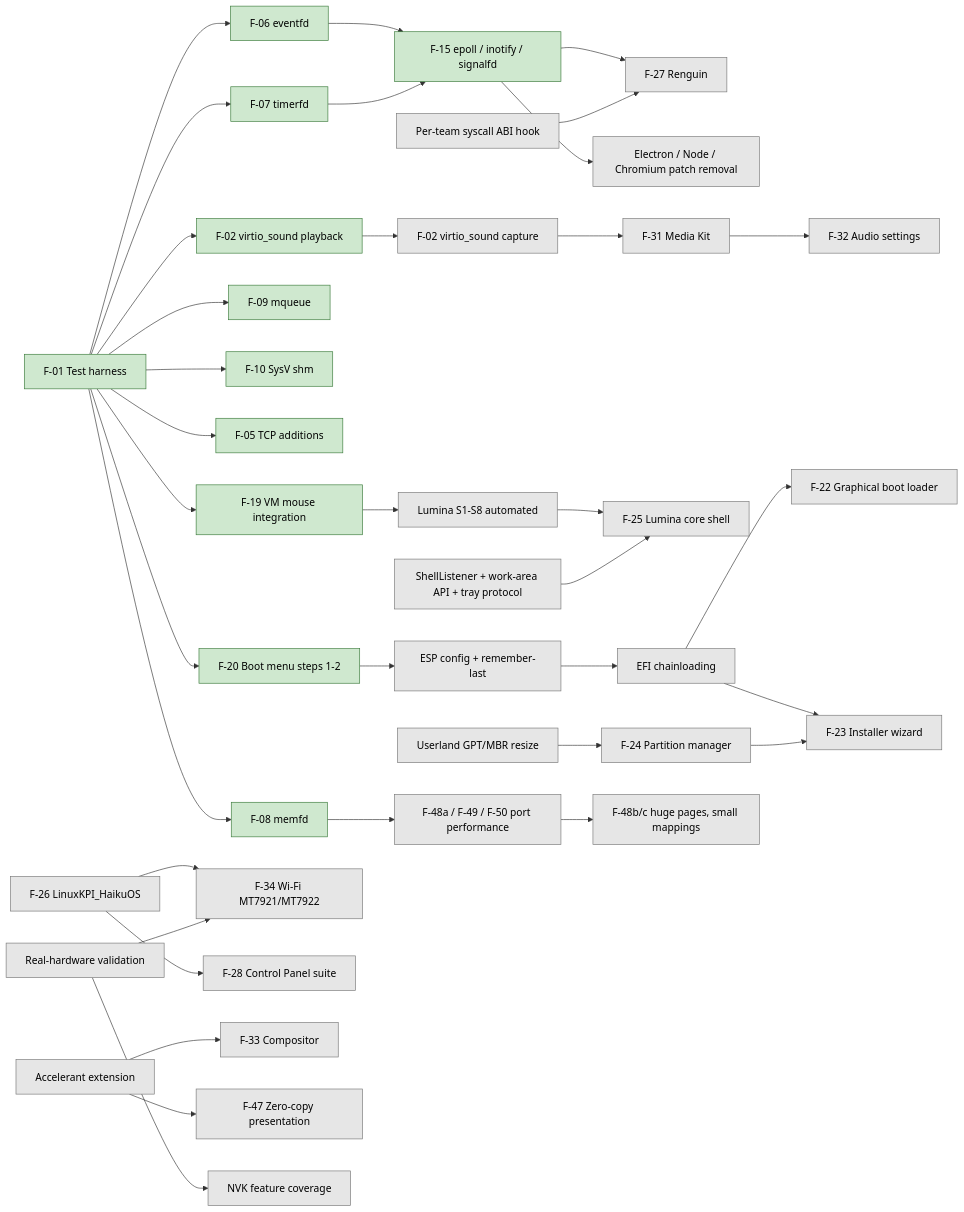
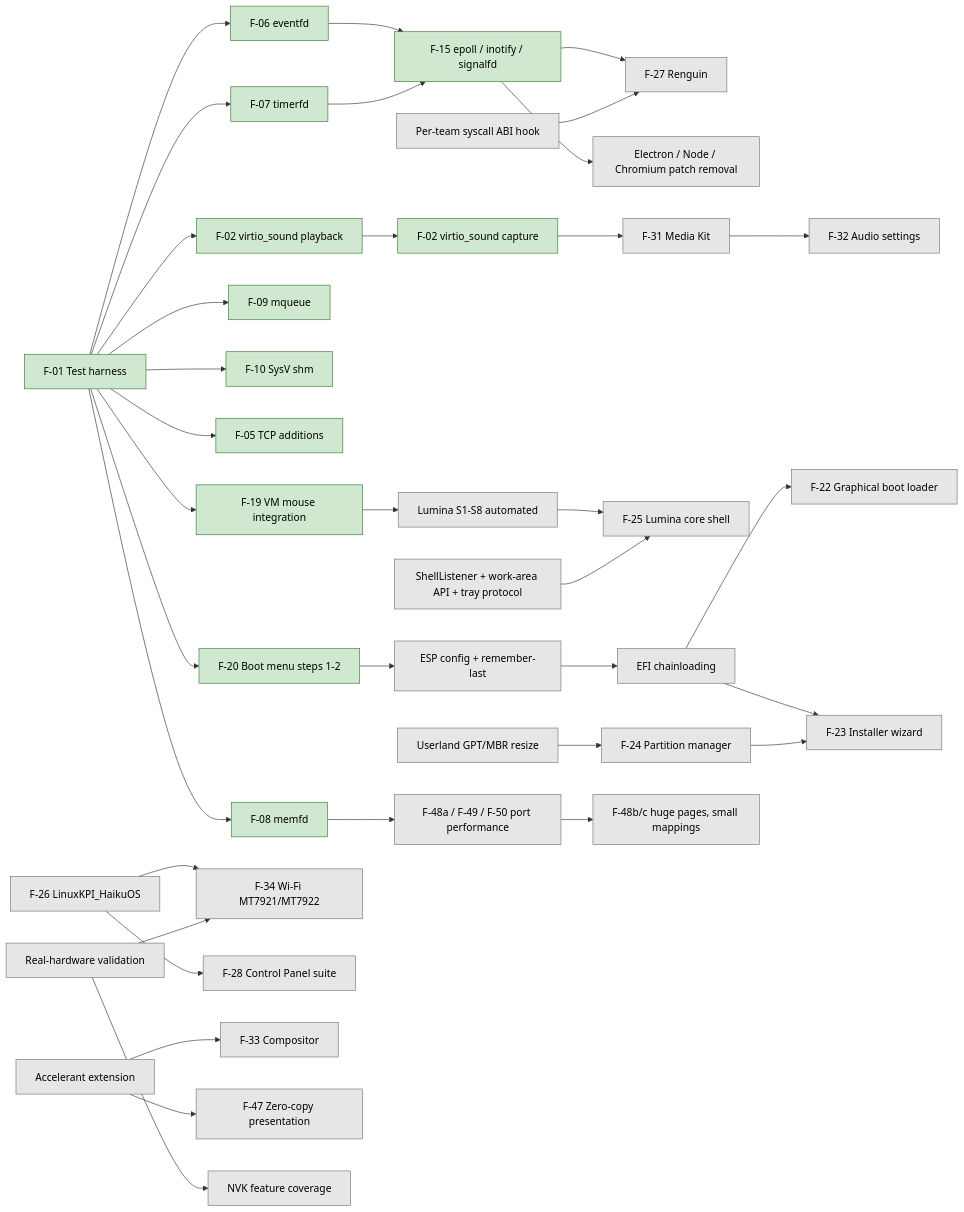
Before and after one commit to Techniix/haiku: the diagram in RENGA_MASTER_ROADMAP.md, drawn with Mermaid. The commit also changed other lines of this file, not shown here.

First line of the commit message:
RENGA_MASTER_ROADMAP.md: F-02 capture, F-31 phase 1, F-32 controls

````diff
--- a/RENGA_MASTER_ROADMAP.md
+++ b/RENGA_MASTER_ROADMAP.md
@@ -1653,64 +1663,64 @@
 ```mermaid
 graph LR
   classDef done fill:#cfe8cf,stroke:#3a7a3a,color:#000;
   classDef dev fill:#fff1b8,stroke:#a08000,color:#000;
   classDef todo fill:#e6e6e6,stroke:#777,color:#000;
 
   H[F-01 Test harness]:::done
   EFD[F-06 eventfd]:::done
   TFD[F-07 timerfd]:::done
   MFD[F-08 memfd]:::done
   MQ[F-09 mqueue]:::done
   SHM[F-10 SysV shm]:::done
   TCP[F-05 TCP additions]:::done
   VSND[F-02 virtio_sound playback]:::done
   MOUSE[F-19 VM mouse integration]:::done
   EPOLL[F-15 epoll / inotify / signalfd]:::done
   ABI[Per-team syscall ABI hook]:::todo
   REN[F-27 Renguin]:::todo
   ELEC[Electron / Node / Chromium patch removal]:::todo
-  CAP[F-02 virtio_sound capture]:::todo
+  CAP[F-02 virtio_sound capture]:::done
   MEDIA[F-31 Media Kit]:::todo
   AUD[F-32 Audio settings]:::todo
   S18[Lumina S1-S8 automated]:::todo
   LUM[F-25 Lumina core shell]:::todo
   SHELL[ShellListener + work-area API + tray protocol]:::todo
   BOOT[F-20 Boot menu steps 1-2]:::done
   ESP[ESP config + remember-last]:::todo
   CHAIN[EFI chainloading]:::todo
   GBOOT[F-22 Graphical boot loader]:::todo
   RESIZE[Userland GPT/MBR resize]:::todo
   PART[F-24 Partition manager]:::todo
   INST[F-23 Installer wizard]:::todo
   KPI[F-26 LinuxKPI_HaikuOS]:::todo
   WIFI[F-34 Wi-Fi MT7921/MT7922]:::todo
   CP[F-28 Control Panel suite]:::todo
   ACC[Accelerant extension]:::todo
   COMP[F-33 Compositor]:::todo
   HW[Real-hardware validation]:::todo
   ZC[F-47 Zero-copy presentation]:::todo
   NVK[NVK feature coverage]:::todo
   PERF[F-48a / F-49 / F-50 port performance]:::todo
   VM[F-48b/c huge pages, small mappings]:::todo
 
   H --> EFD & TFD & MFD & MQ & SHM & TCP & VSND & BOOT & MOUSE
   EFD --> EPOLL
   TFD --> EPOLL
   EPOLL --> ELEC
   EPOLL --> REN
   ABI --> REN
   VSND --> CAP --> MEDIA --> AUD
   MOUSE --> S18 --> LUM
   SHELL --> LUM
   BOOT --> ESP --> CHAIN --> GBOOT
   CHAIN --> INST
   RESIZE --> PART --> INST
   KPI --> WIFI
   KPI --> CP
   ACC --> COMP
   ACC --> ZC
   HW --> NVK
   MFD --> PERF
   PERF --> VM
   HW --> WIFI
 ```
````
